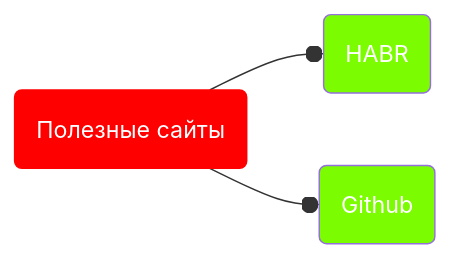
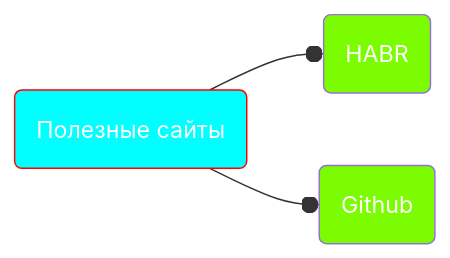
Before and after one commit to Kostrov2003/FirstSite: the diagram in test.md, drawn with Mermaid.

````diff
--- a/test.md
+++ b/test.md
@@ -1,13 +1,13 @@
 ```mermaid 
 graph LR
-classDef class1 fill:#FF0000,stroke:#FF0000,color:#fbfdfe
+classDef class1 fill:#00FFFF,stroke:#FF0000,color:#fbfdfe
 classDef class2 fill:#7CFC00,color:#FFFFFF
 
 A(Полезные сайты<br>):::class1 --o B(HABR):::class2
 click B "https://habr.com/ru/all/" _blank
 
 A --o C(Github<br>):::class2
 click C "https://github.com/" _blank
 
 
 ```
````
